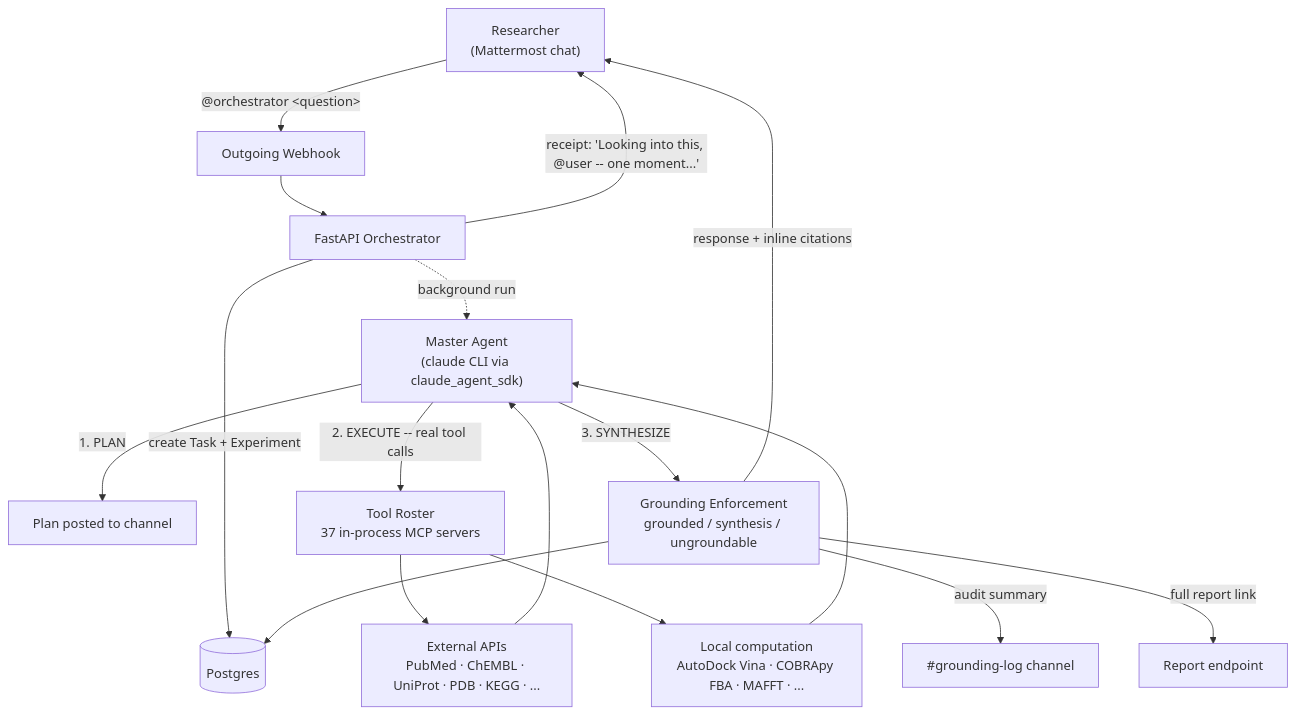
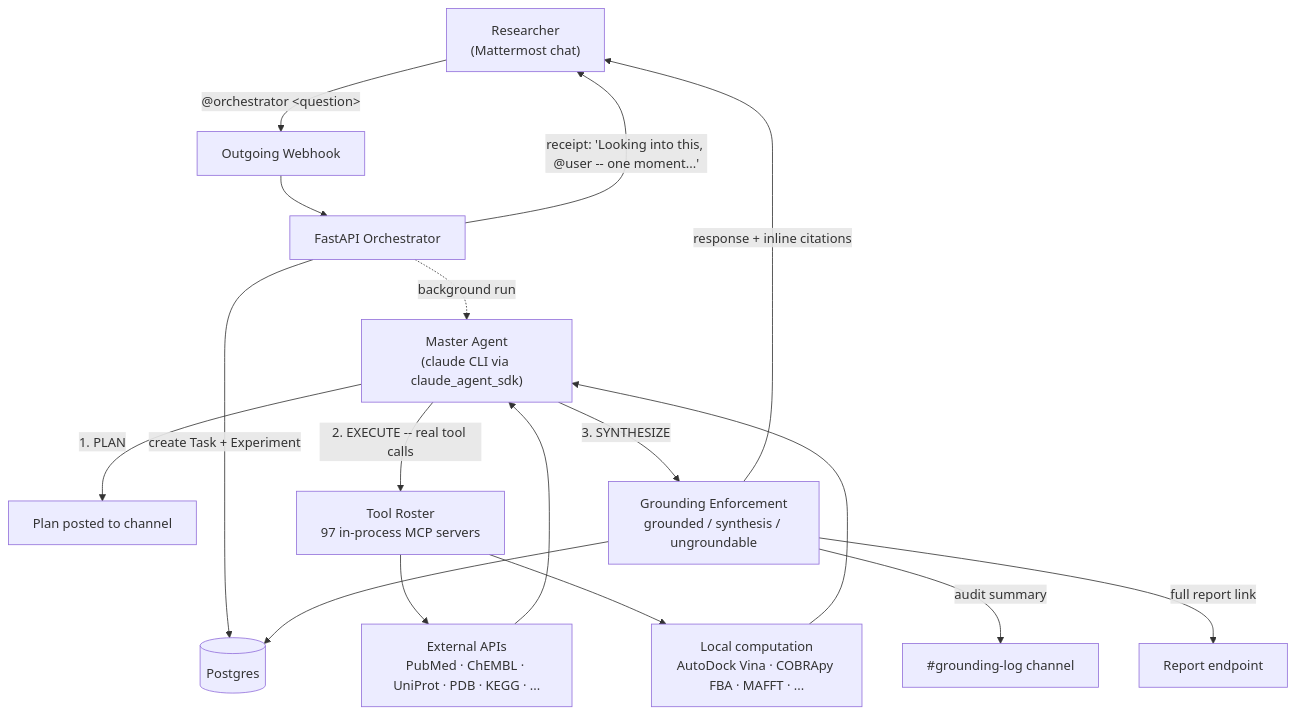
The diagram in README.md (RohanV01/AI-BioScientist), drawn with Mermaid before and after one commit. The commit also changed other lines of this file and 1 other file, not shown here.

Commit message:
Update README tool count and CHANGELOG for this session's Phase 1/2 + R-bridge work
README's tool-roster count was stale at 37; corrected to the real
current count (97) so a new clone's README matches actual capability.

````diff
--- a/README.md
+++ b/README.md
@@ -15,22 +15,22 @@
 ```mermaid
 flowchart TB
     U["Researcher<br/>(Mattermost chat)"] -->|"@orchestrator &lt;question&gt;"| W["Outgoing Webhook"]
     W --> O["FastAPI Orchestrator"]
     O -->|"create Task + Experiment"| DB[("Postgres")]
     O -->|"receipt: 'Looking into this, @user -- one moment...'"| U
 
     O -.->|"background run"| A["Master Agent<br/>(claude CLI via claude_agent_sdk)"]
     A -->|"1. PLAN"| PL["Plan posted to channel"]
-    A -->|"2. EXECUTE -- real tool calls"| T["Tool Roster<br/>37 in-process MCP servers"]
+    A -->|"2. EXECUTE -- real tool calls"| T["Tool Roster<br/>97 in-process MCP servers"]
 
     T --> EXT["External APIs<br/>PubMed · ChEMBL · UniProt · PDB · KEGG · ..."]
     T --> LOC["Local computation<br/>AutoDock Vina · COBRApy FBA · MAFFT · ..."]
     EXT --> A
     LOC --> A
 
     A -->|"3. SYNTHESIZE"| G["Grounding Enforcement<br/>grounded / synthesis / ungroundable"]
     G --> DB
     G -->|"response + inline citations"| U
     G -->|"audit summary"| GL["#grounding-log channel"]
     G -->|"full report link"| R["Report endpoint"]
 ```
````
